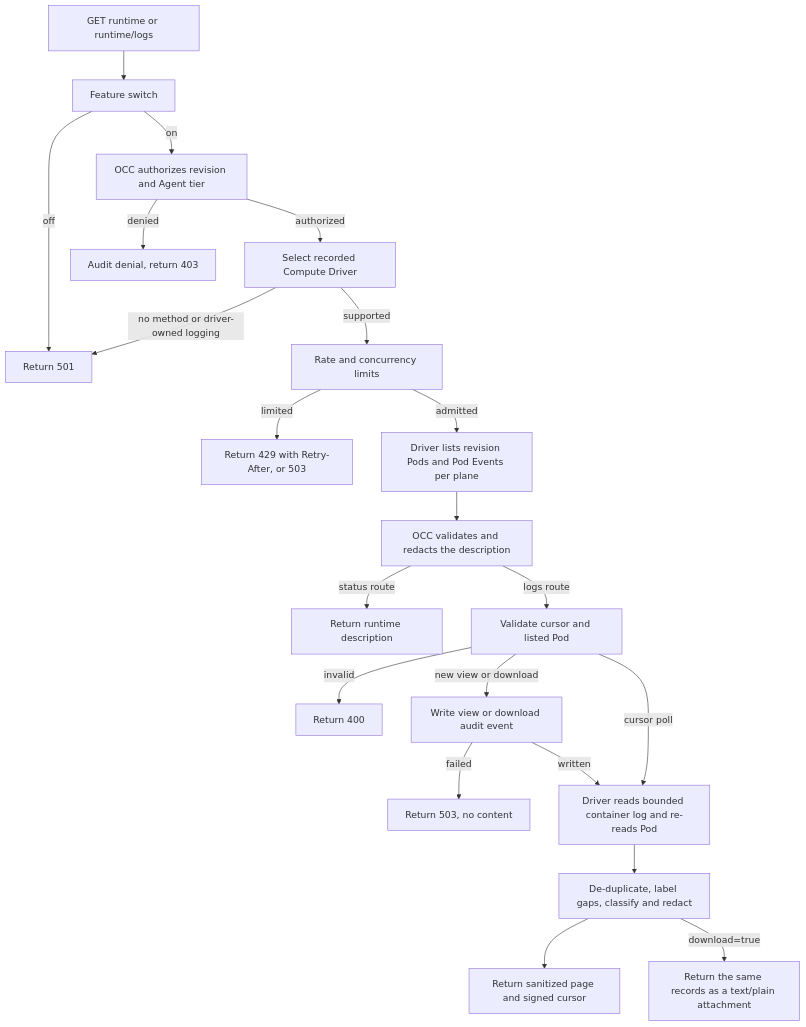
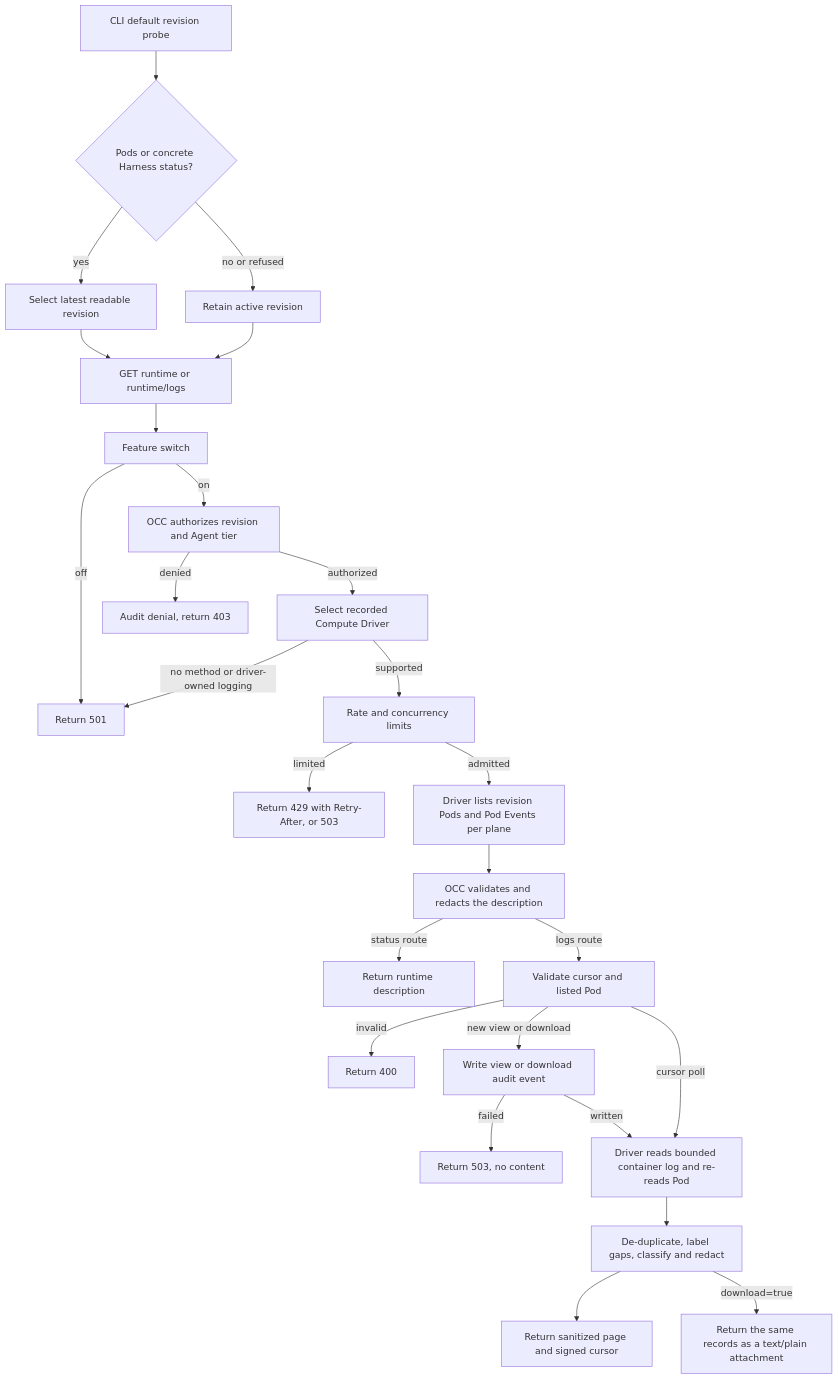
One commit to ericcaiwx-star/openclaw-enterprise changed the diagram in docs/flows/agent-runtime-logs.md. Above: the diagram before and after it, drawn with Mermaid. The commit also changed other lines of this file and 3 other files, not shown here.

Commit message:
fix(cli): select newer provider Harness runtime diagnostics

````diff
--- a/docs/flows/agent-runtime-logs.md
+++ b/docs/flows/agent-runtime-logs.md
@@ -35,23 +35,28 @@
 ```mermaid
 graph TD
-  A["GET runtime or runtime/logs"] --> B["Feature switch"]
+  V["CLI default revision probe"] --> W{"Pods or concrete Harness status?"}
+  W -->|yes| X["Select latest readable revision"]
+  W -->|no or refused| Y["Retain active revision"]
+  X --> A["GET runtime or runtime/logs"]
+  Y --> A
+  A --> B["Feature switch"]
   B -->|off| C["Return 501"]
   B -->|on| E["OCC authorizes revision and Agent tier"]
   E -->|denied| F["Audit denial, return 403"]
   E -->|authorized| G["Select recorded Compute Driver"]
   G -->|no method or driver-owned logging| C
   G -->|supported| S["Rate and concurrency limits"]
   S -->|limited| D["Return 429 with Retry-After, or 503"]
   S -->|admitted| H["Driver lists revision Pods and Pod Events per plane"]
   H --> I["OCC validates and redacts the description"]
   I -->|status route| J["Return runtime description"]
   I -->|logs route| K["Validate cursor and listed Pod"]
   K -->|invalid| L["Return 400"]
   K -->|new view or download| M["Write view or download audit event"]
   M -->|failed| N["Return 503, no content"]
   M -->|written| O["Driver reads bounded container log and re-reads Pod"]
   K -->|cursor poll| O
   O --> P["De-duplicate, label gaps, classify and redact"]
   P --> Q["Return sanitized page and signed cursor"]
   P -->|download=true| R["Return the same records as a text/plain attachment"]
 ```
````
